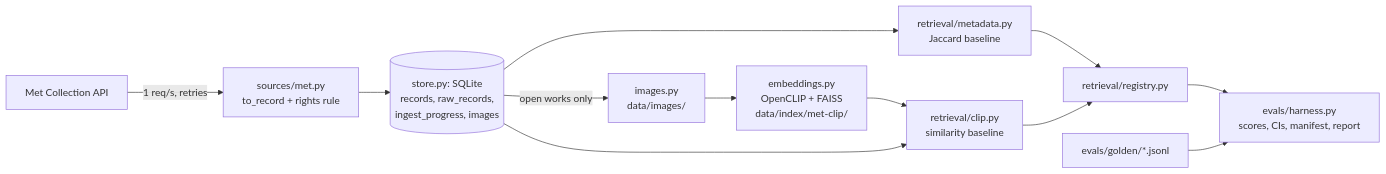
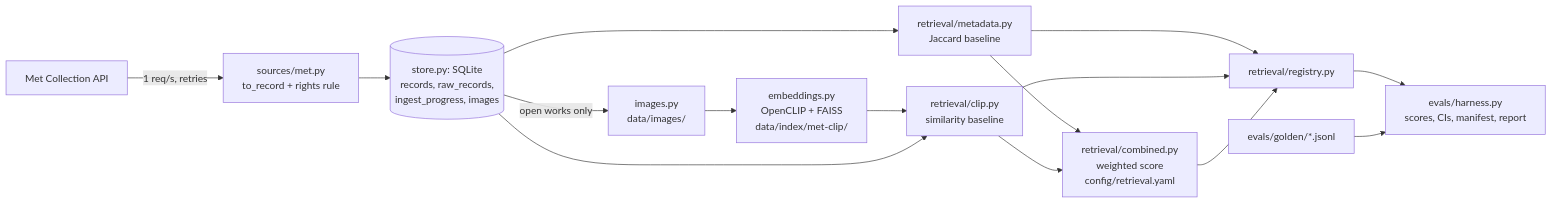
Before and after one commit to sycrus/refdesk: the first of 2 diagrams in docs/architecture.md, drawn with Mermaid. The commit also changed other lines of this file, not shown here.

Commit message:
docs(architecture): combined retriever (M2-04)
refs #34

Claude-Session: https://claude.ai/code/session_012CcEC8HLUAFRVpTyBNeWZs

````diff
--- a/docs/architecture.md
+++ b/docs/architecture.md
@@ -7,14 +7,17 @@
 ```mermaid
 flowchart LR
   MET[Met Collection API] -->|1 req/s, retries| ADAPTER[sources/met.py<br/>to_record + rights rule]
   ADAPTER --> STORE[(store.py: SQLite<br/>records, raw_records,<br/>ingest_progress, images)]
   STORE -->|open works only| IMAGES[images.py<br/>data/images/]
   IMAGES --> EMBED[embeddings.py<br/>OpenCLIP + FAISS<br/>data/index/met-clip/]
   STORE --> JACCARD[retrieval/metadata.py<br/>Jaccard baseline]
   EMBED --> CLIP[retrieval/clip.py<br/>similarity baseline]
   STORE --> CLIP
+  JACCARD --> COMBINED[retrieval/combined.py<br/>weighted score<br/>config/retrieval.yaml]
+  CLIP --> COMBINED
   JACCARD --> REG[retrieval/registry.py]
   CLIP --> REG
+  COMBINED --> REG
   REG --> EVAL[evals/harness.py<br/>scores, CIs, manifest, report]
   GOLDEN[evals/golden/*.jsonl] --> EVAL
 ```
````
